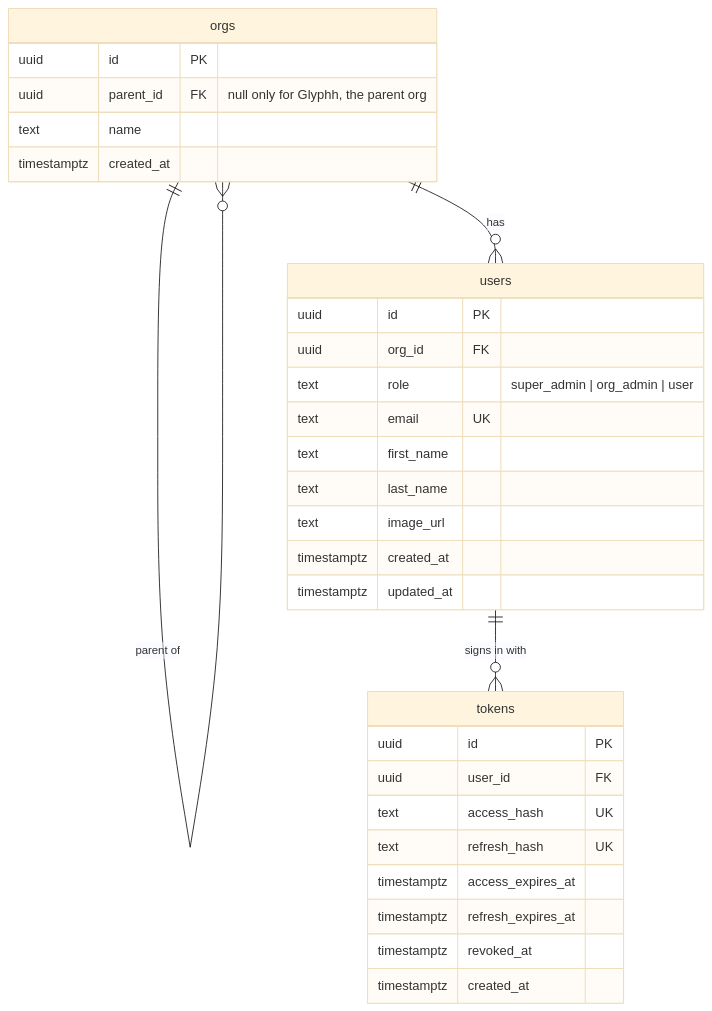
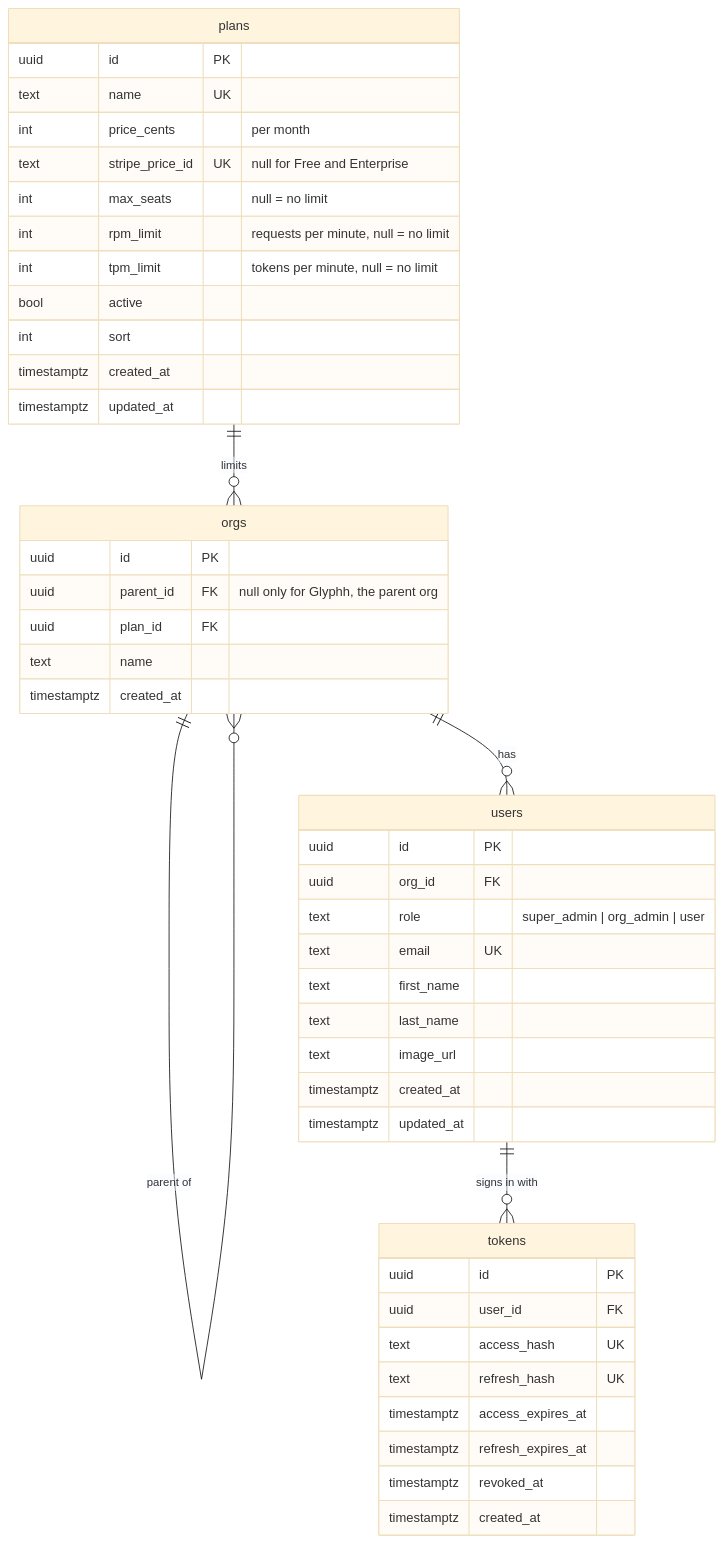
Before and after one commit to glyphh-ai/server: the diagram in docs/data-model.md, drawn with Mermaid (base theme). The commit also changed other lines of this file, not shown here.

Commit message:
Data model: plans, their Stripe price and the limits they put on an org

````diff
--- a/docs/data-model.md
+++ b/docs/data-model.md
@@ -5,36 +5,52 @@
 ```mermaid
 erDiagram
+    plans ||--o{ orgs : "limits"
     orgs ||--o{ orgs : "parent of"
     orgs ||--o{ users : "has"
     users ||--o{ tokens : "signs in with"
 
+    plans {
+        uuid id PK
+        text name UK
+        int price_cents "per month"
+        text stripe_price_id UK "null for Free and Enterprise"
+        int max_seats "null = no limit"
+        int rpm_limit "requests per minute, null = no limit"
+        int tpm_limit "tokens per minute, null = no limit"
+        bool active
+        int sort
+        timestamptz created_at
+        timestamptz updated_at
+    }
+
     orgs {
         uuid id PK
         uuid parent_id FK "null only for Glyphh, the parent org"
+        uuid plan_id FK
         text name
         timestamptz created_at
     }
 
     users {
         uuid id PK
         uuid org_id FK
         text role "super_admin | org_admin | user"
         text email UK
         text first_name
         text last_name
         text image_url
         timestamptz created_at
         timestamptz updated_at
     }
 
     tokens {
         uuid id PK
         uuid user_id FK
         text access_hash UK
         text refresh_hash UK
         timestamptz access_expires_at
         timestamptz refresh_expires_at
         timestamptz revoked_at
         timestamptz created_at
     }
 ```
````
